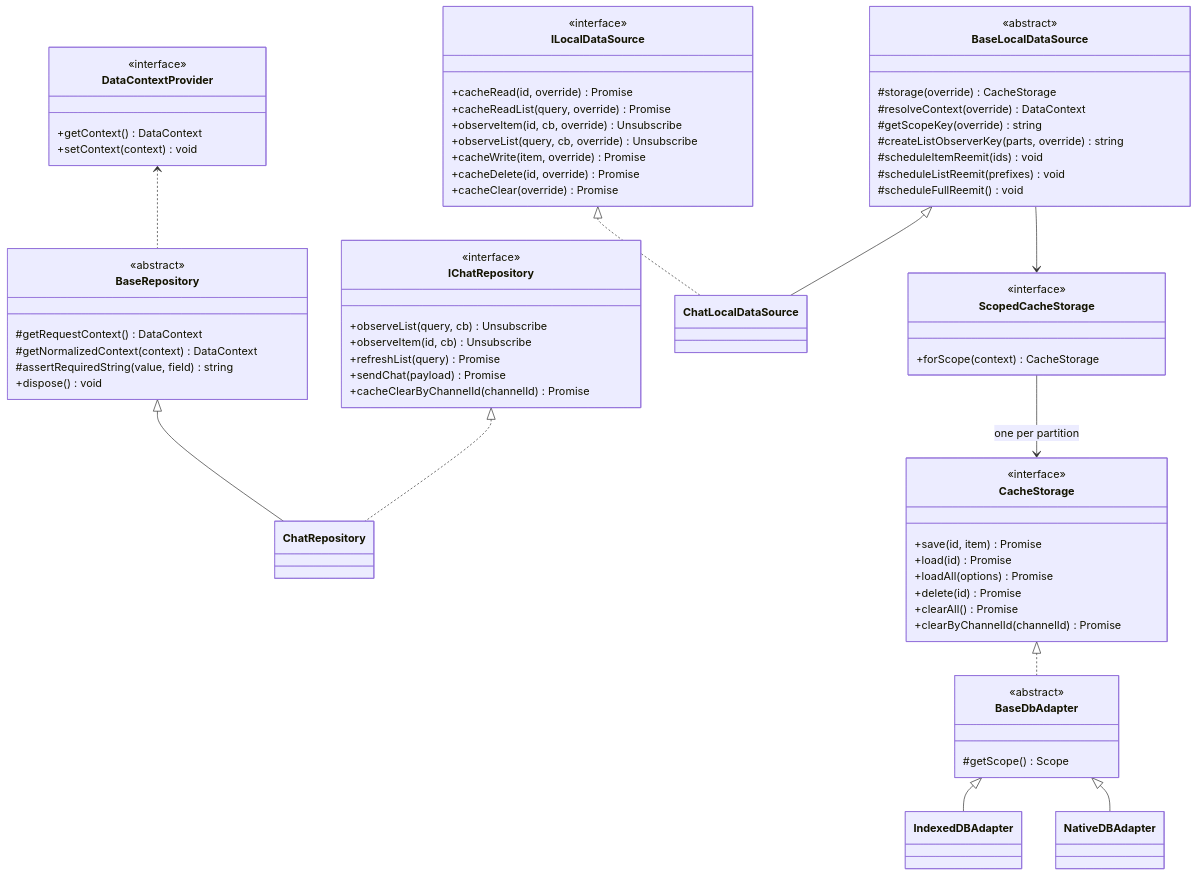
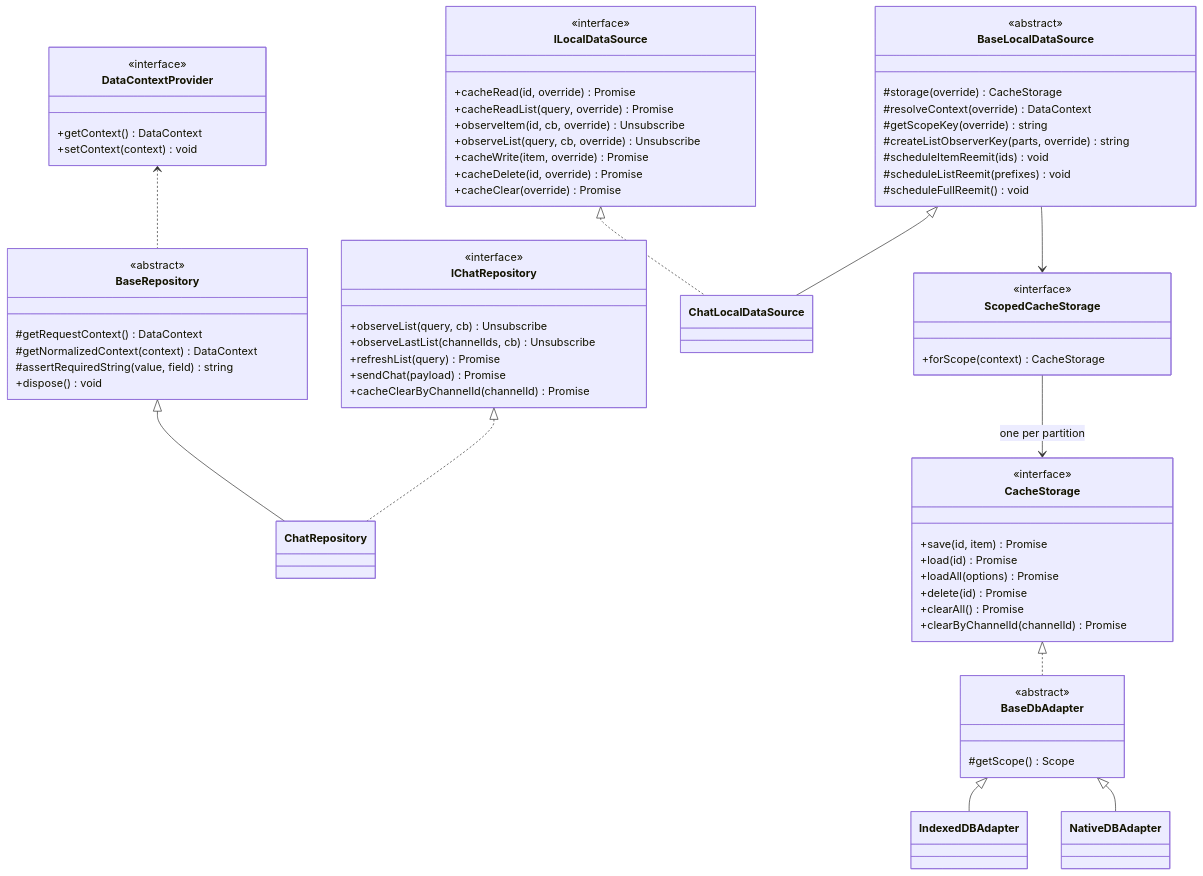
One commit to lemoncloud-io/dou-app changed the diagram in libs/data/docs/repositories/README.md. Above: the diagram before and after it, drawn with Mermaid. The commit also changed other lines of this file and 40 other files, not shown here.

```diff
--- a/libs/data/docs/repositories/README.md
+++ b/libs/data/docs/repositories/README.md
@@ -92,7 +92,7 @@
     class IChatRepository {
         <<interface>>
         +observeList(query, cb) Unsubscribe
-        +observeItem(id, cb) Unsubscribe
+        +observeLastList(channelIds, cb) Unsubscribe
         +refreshList(query) Promise
         +sendChat(payload) Promise
         +cacheClearByChannelId(channelId) Promise
```
